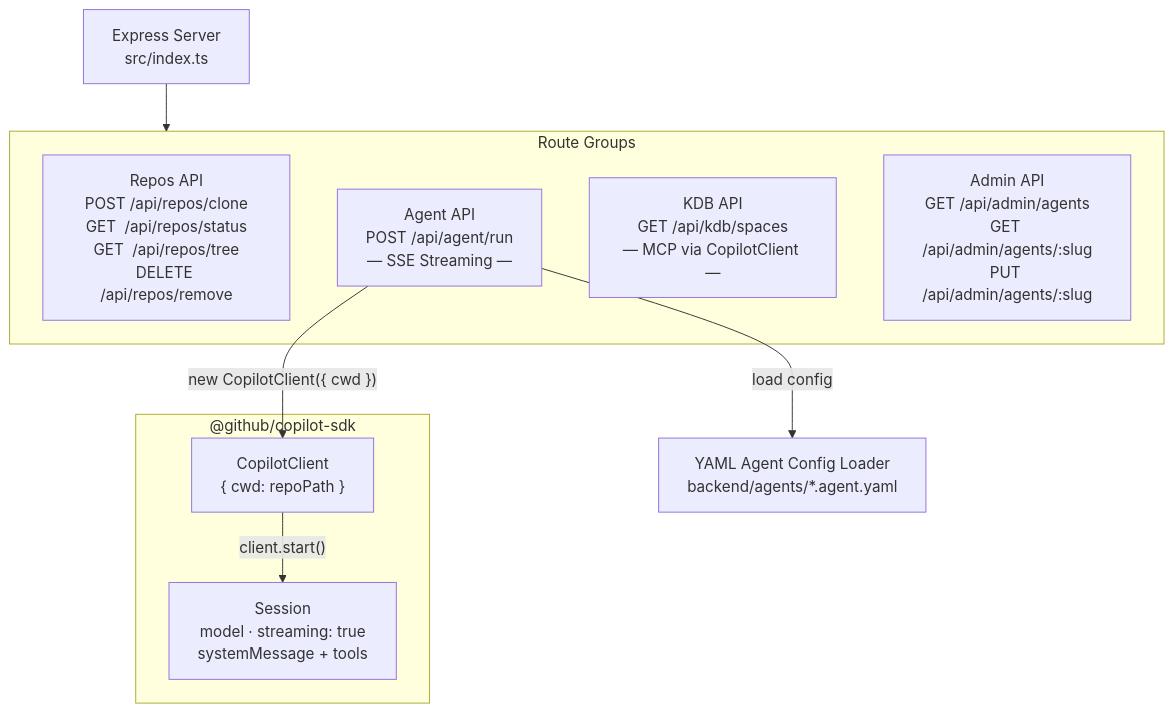
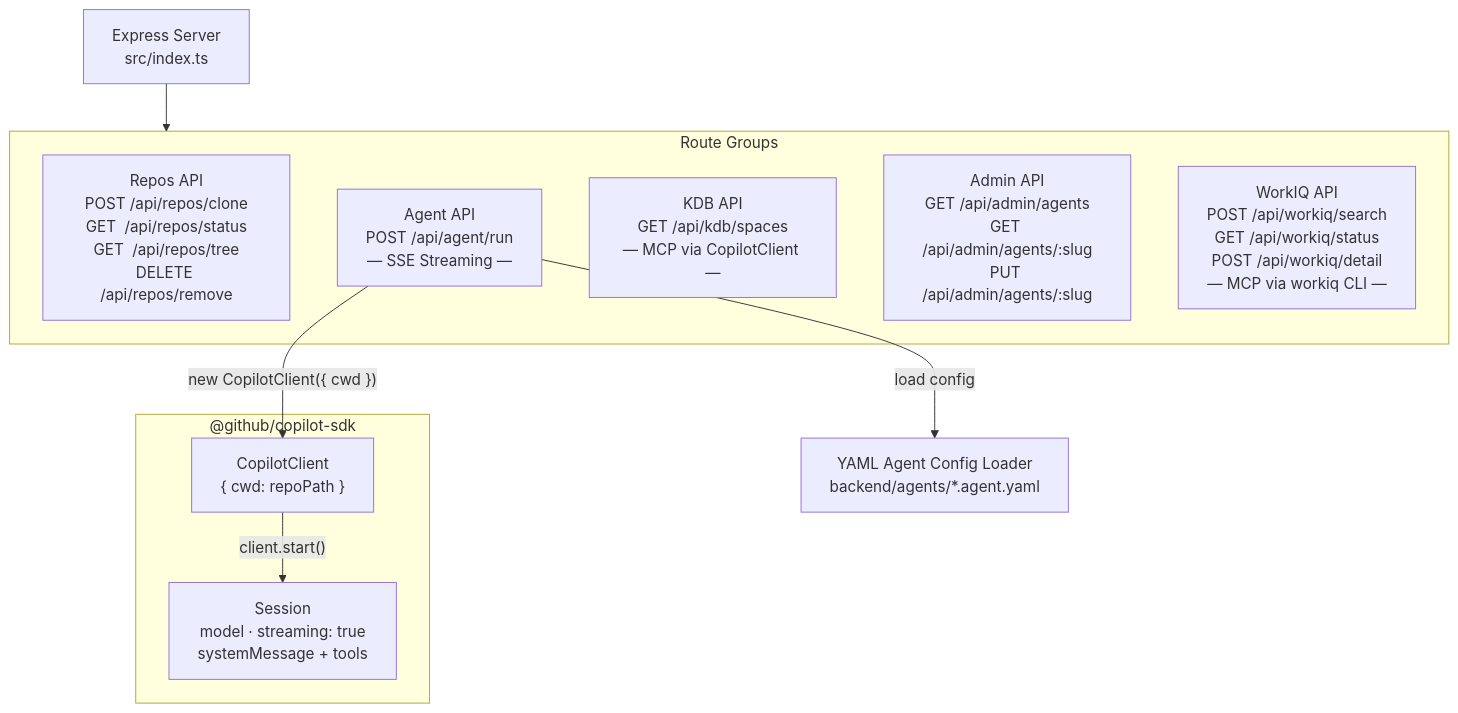
One commit to ricardocovo/agentic-web-spec changed the third of 6 diagrams in ARCHITECTURE.md. Above: the diagram before and after it, drawn with Mermaid. The commit also changed other lines of this file and 1 other file, not shown here.

First line of the commit message:
docs: update README and ARCHITECTURE to reflect all current features

````diff
--- a/ARCHITECTURE.md
+++ b/ARCHITECTURE.md
@@ -47,23 +47,24 @@
 ```mermaid
 flowchart TD
     Express["Express Server\nsrc/index.ts"]
 
     subgraph Routes["Route Groups"]
         ReposRoute["Repos API\nPOST /api/repos/clone\nGET  /api/repos/status\nGET  /api/repos/tree\nDELETE /api/repos/remove"]
         AgentRoute["Agent API\nPOST /api/agent/run\n— SSE Streaming —"]
         KdbRoute["KDB API\nGET /api/kdb/spaces\n— MCP via CopilotClient —"]
         AdminRoute["Admin API\nGET /api/admin/agents\nGET /api/admin/agents/:slug\nPUT /api/admin/agents/:slug"]
+        WorkiqRoute["WorkIQ API\nPOST /api/workiq/search\nGET  /api/workiq/status\nPOST /api/workiq/detail\n— MCP via workiq CLI —"]
     end
 
     YAMLLoader["YAML Agent Config Loader\nbackend/agents/*.agent.yaml"]
 
     subgraph CopilotSDK["@github/copilot-sdk"]
         CopilotClient["CopilotClient\n{ cwd: repoPath }"]
         Session["Session\nmodel · streaming: true\nsystemMessage + tools"]
     end
 
     Express --> Routes
     AgentRoute -- "load config" --> YAMLLoader
     AgentRoute -- "new CopilotClient({ cwd })" --> CopilotClient
     CopilotClient -- "client.start()" --> Session
 ```
````
